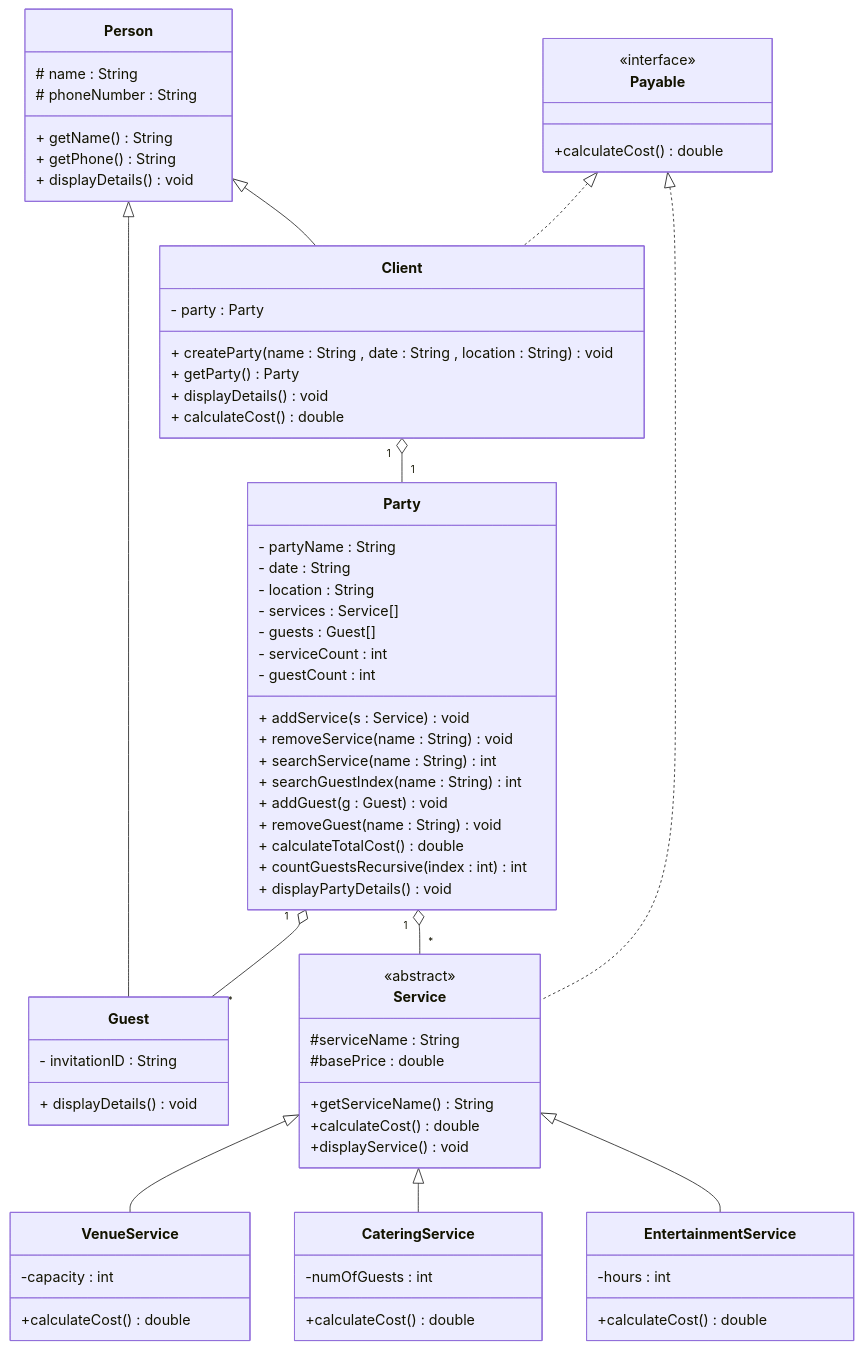
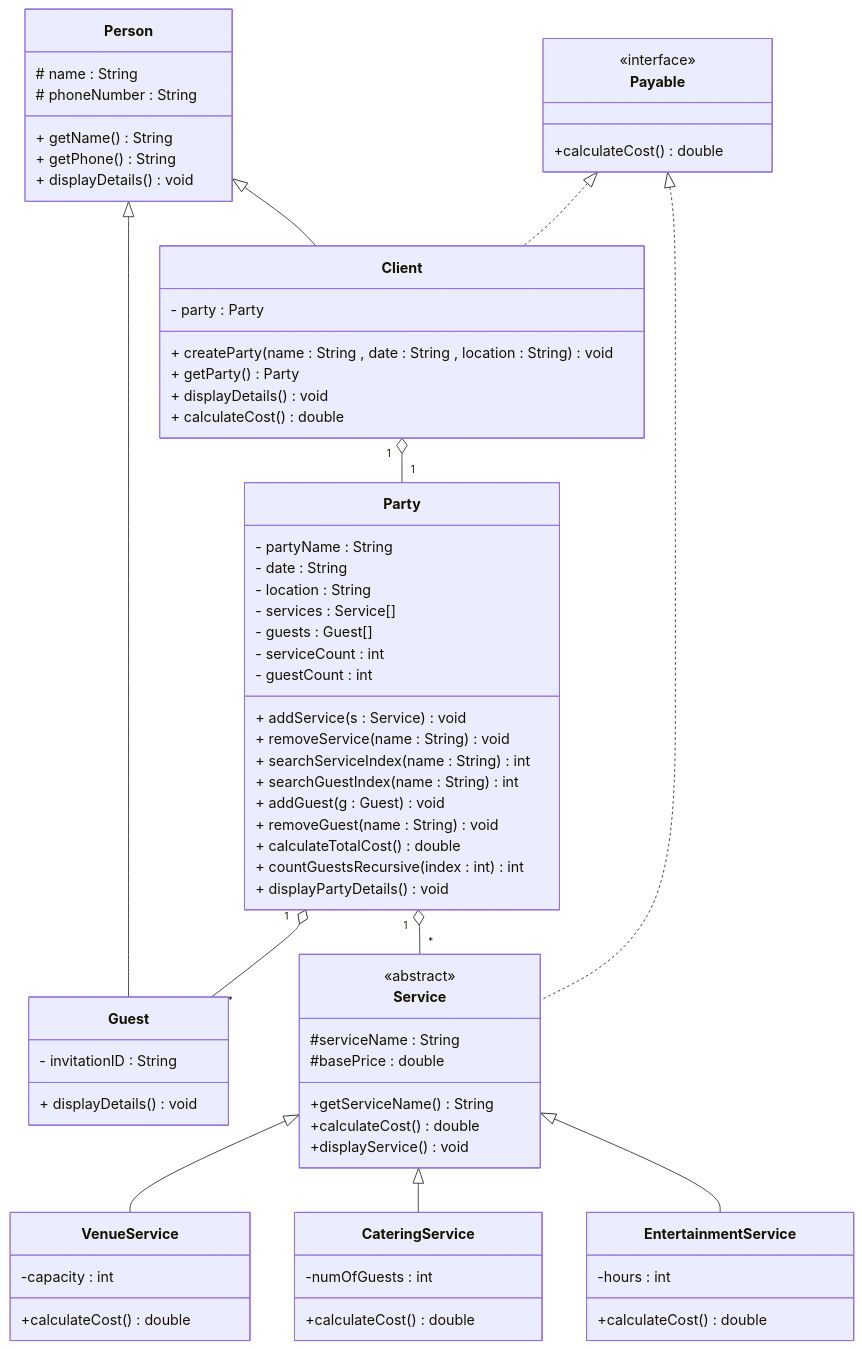
One commit to Aljawharah46/CSC113-project-P1 changed the diagram in README.md. Above: the diagram before and after it, drawn with Mermaid.

```diff
--- a/README.md
+++ b/README.md
@@ -11,7 +11,7 @@
 - guestCount : int
 + addService(s : Service) void
 + removeService(name : String) void
-+ searchService(name : String) int
++ searchServiceIndex(name : String) int
 + searchGuestIndex(name : String) int
 + addGuest(g : Guest) void
 + removeGuest(name : String) void
```
